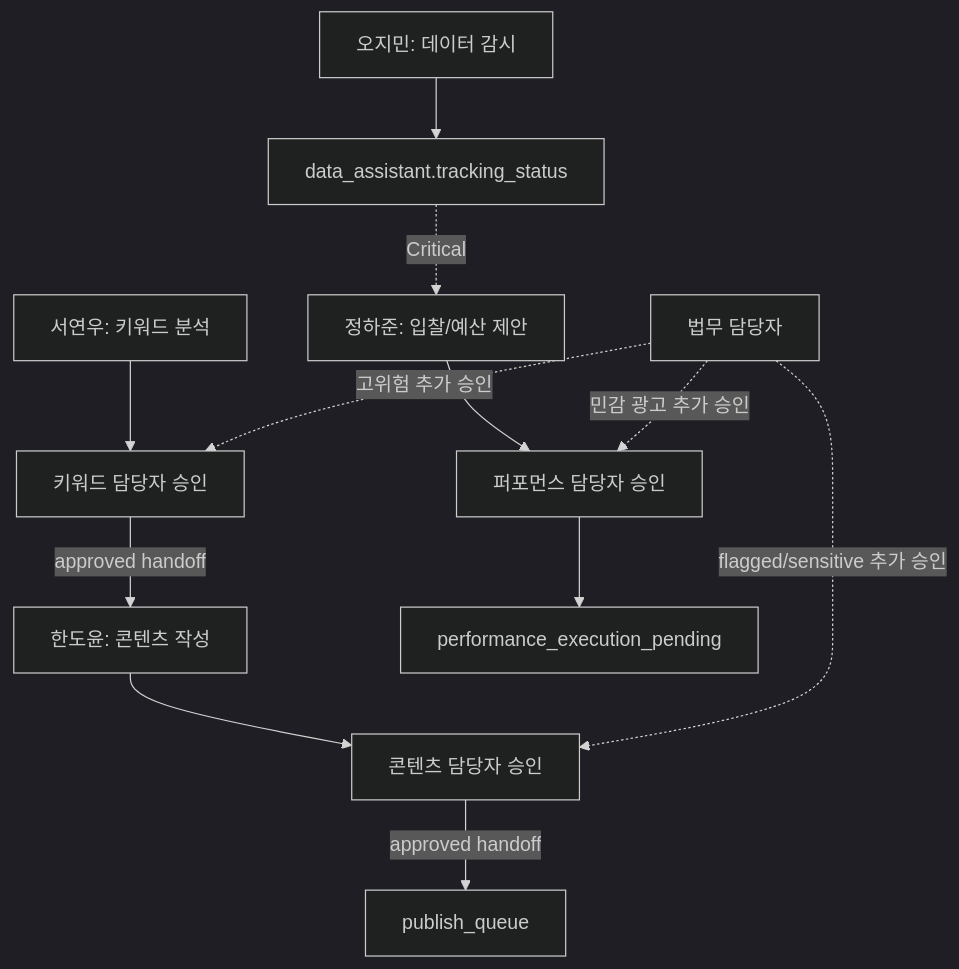
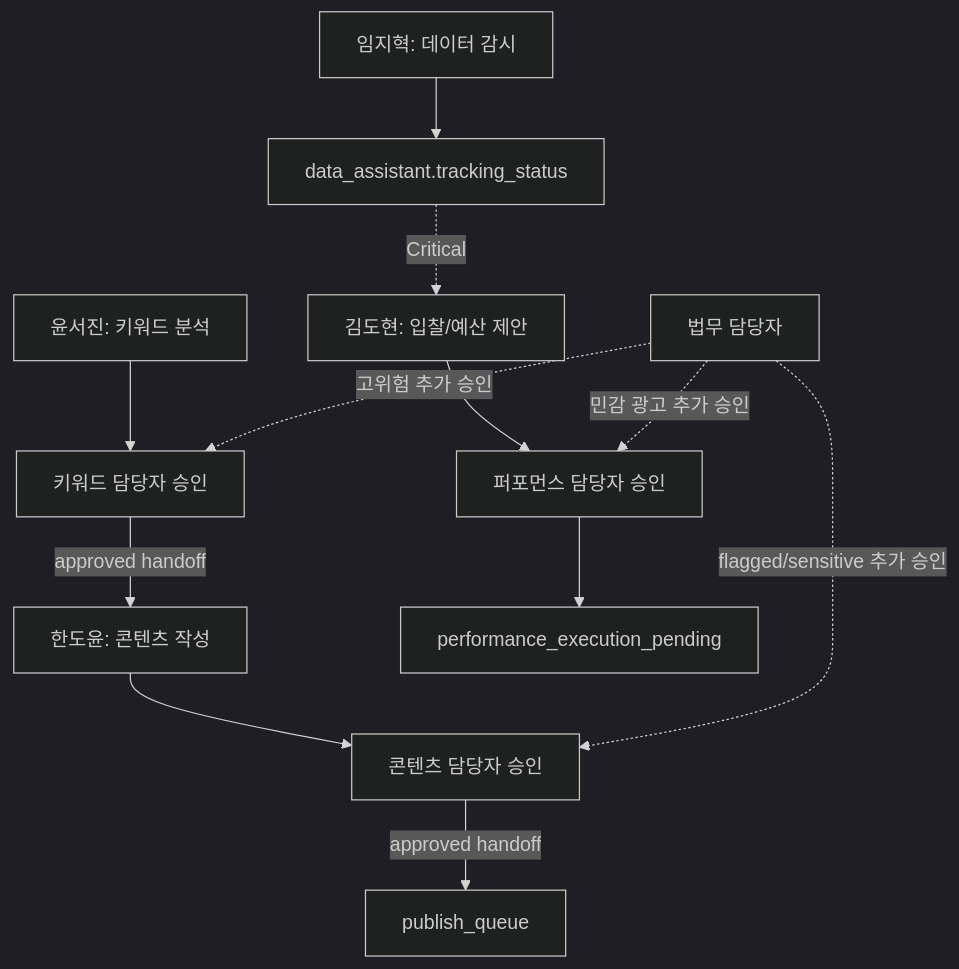
The diagram in ORCHESTRATION.md (bin778/yn_agent), drawn with Mermaid (dark theme) before and after one commit. The commit also changed 23 other files, not shown here.

````diff
--- a/ORCHESTRATION.md
+++ b/ORCHESTRATION.md
@@ -6,14 +6,14 @@
 ```mermaid
 flowchart TD
-    KA[서연우: 키워드 분석] --> KAPP[키워드 담당자 승인]
+    KA[윤서진: 키워드 분석] --> KAPP[키워드 담당자 승인]
     KAPP -->|approved handoff| CE[한도윤: 콘텐츠 작성]
     CE --> CAPP[콘텐츠 담당자 승인]
     CAPP -->|approved handoff| PQ[publish_queue]
-    PA[정하준: 입찰/예산 제안] --> PAPP[퍼포먼스 담당자 승인]
+    PA[김도현: 입찰/예산 제안] --> PAPP[퍼포먼스 담당자 승인]
     PAPP --> EP[performance_execution_pending]
-    DA[오지민: 데이터 감시] --> STATUS[data_assistant.tracking_status]
+    DA[임지혁: 데이터 감시] --> STATUS[data_assistant.tracking_status]
     STATUS -. Critical .-> PA
     LEGAL[법무 담당자] -. 고위험 추가 승인 .-> KAPP
     LEGAL -. flagged/sensitive 추가 승인 .-> CAPP
     LEGAL -. 민감 광고 추가 승인 .-> PAPP
 ```
````
